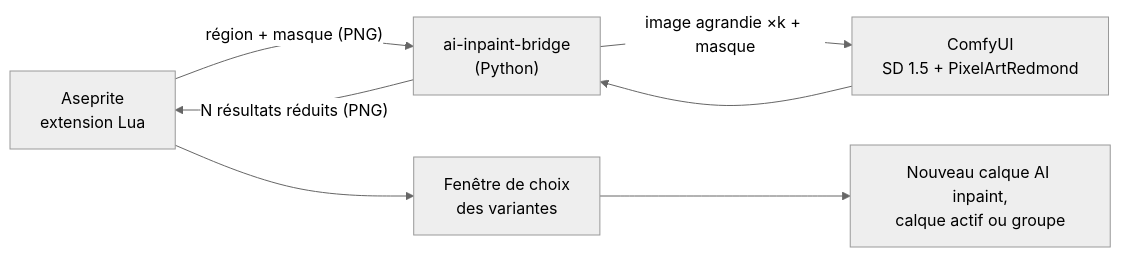
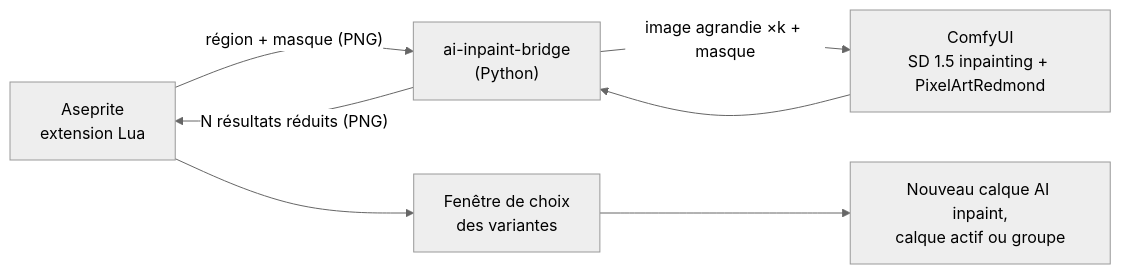
Before and after one commit to Sarcouy/aseprite-ai-plugin: the diagram in README.md, drawn with Mermaid (neutral theme). The commit also changed other lines of this file and 11 other files, not shown here.

````diff
--- a/README.md
+++ b/README.md
@@ -9,9 +9,9 @@
 ```mermaid
 flowchart LR
     A["Aseprite<br/>extension Lua"] -->|"région + masque (PNG)"| B["ai-inpaint-bridge<br/>(Python)"]
-    B -->|"image agrandie ×k + masque"| C["ComfyUI<br/>SD 1.5 + PixelArtRedmond"]
+    B -->|"image agrandie ×k + masque"| C["ComfyUI<br/>SD 1.5 inpainting + PixelArtRedmond"]
     C --> B
     B -->|"N résultats réduits (PNG)"| A
     A --> E["Fenêtre de choix<br/>des variantes"]
     E --> D["Nouveau calque AI inpaint,<br/>calque actif ou groupe"]
 ```
````
